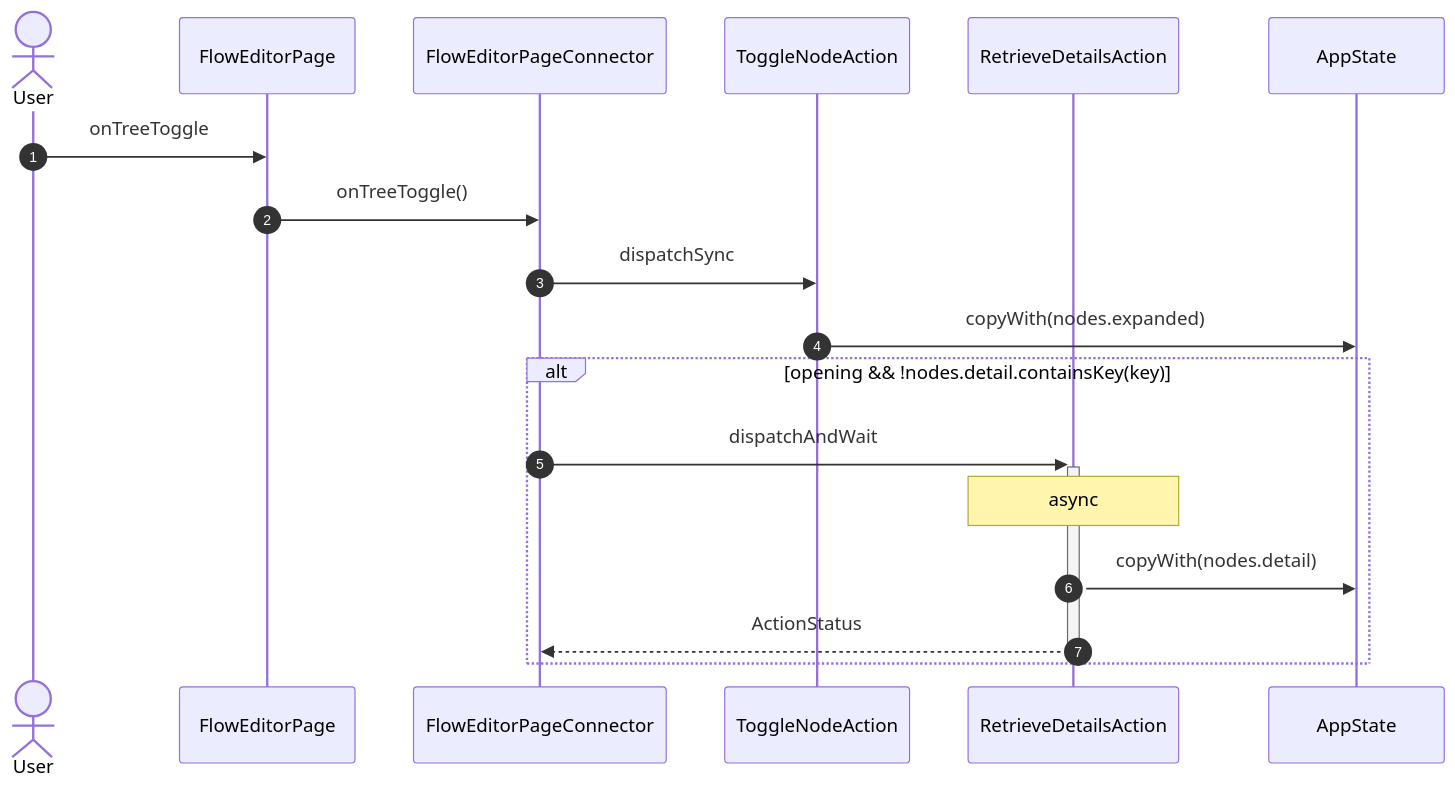
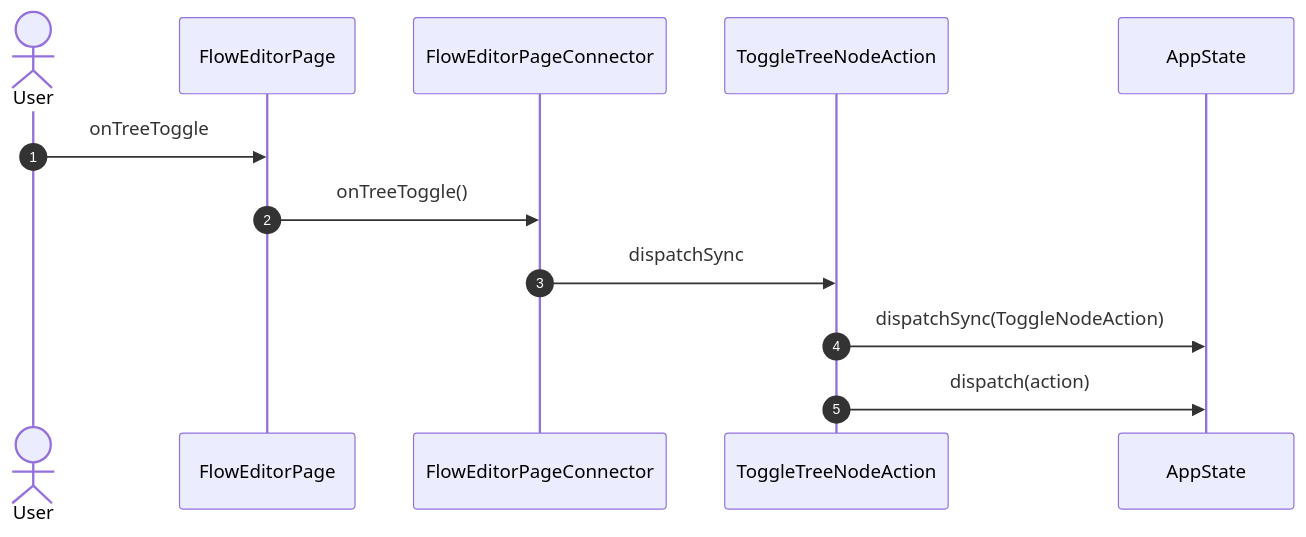
Before and after one commit to gencto/wyrm: the second of 42 diagrams in studio/docs/flows/flowEditor.md, drawn with Mermaid. The commit also changed other lines of this file and 49 other files, not shown here.

````diff
--- a/studio/docs/flows/flowEditor.md
+++ b/studio/docs/flows/flowEditor.md
@@ -27,21 +27,15 @@
 ```mermaid
 sequenceDiagram
     autonumber
     actor User
     participant UI as FlowEditorPage
     participant VM as FlowEditorPageConnector
-    participant A1 as ToggleNodeAction
-    participant A2 as RetrieveDetailsAction
+    participant A1 as ToggleTreeNodeAction
     participant ST as AppState
 
     User->>UI: onTreeToggle
     UI->>VM: onTreeToggle()
     VM->>A1: dispatchSync
-    A1->>ST: copyWith(nodes.expanded)
-    alt opening && !nodes.detail.containsKey(key)
-        VM->>+A2: dispatchAndWait
-        Note over A2: async
-        A2->>ST: copyWith(nodes.detail)
-        A2-->>-VM: ActionStatus
-    end
+    A1->>ST: dispatchSync(ToggleNodeAction)
+    A1->>ST: dispatch(action)
 ```
````
